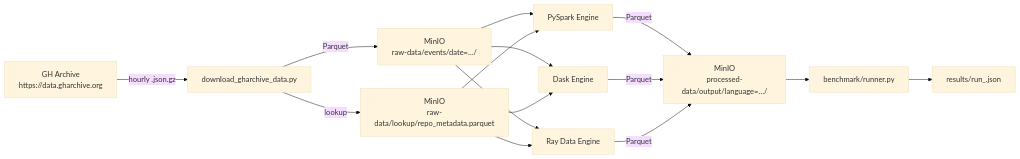
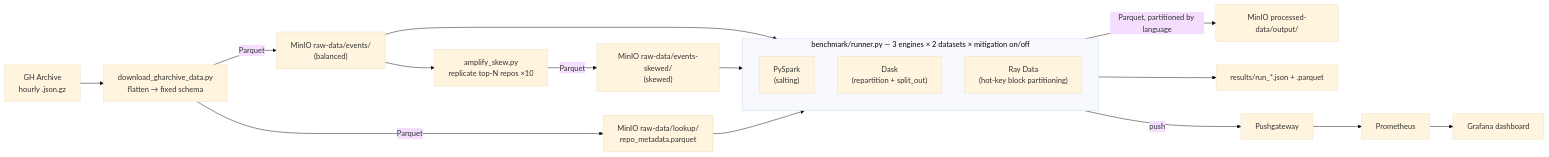
One commit to tusharpanthri/distributed-mind changed the diagram in README.md. Above: the diagram before and after it, drawn with Mermaid (base theme). The commit also changed other lines of this file and 27 other files, not shown here.

````diff
--- a/README.md
+++ b/README.md
@@ -12,20 +27,21 @@
 ```mermaid
 flowchart LR
-    GHA["GH Archive\nhttps://data.gharchive.org"] -->|hourly .json.gz| D[download_gharchive_data.py]
-    D -->|Parquet| MINIO_RAW["MinIO\nraw-data/events/date=…/"]
-    D -->|lookup| MINIO_LOOKUP["MinIO\nraw-data/lookup/repo_metadata.parquet"]
+    GHA["GH Archive\nhourly .json.gz"] --> D[download_gharchive_data.py\nflatten → fixed schema]
+    D -->|Parquet| RAW["MinIO raw-data/events/\n(balanced)"]
+    D -->|Parquet| LOOKUP["MinIO raw-data/lookup/\nrepo_metadata.parquet"]
+    RAW --> AMP[amplify_skew.py\nreplicate top-N repos ×10]
+    AMP -->|Parquet| SKEW["MinIO raw-data/events-skewed/\n(skewed)"]
 
-    MINIO_RAW --> SPARK[PySpark Engine]
-    MINIO_RAW --> DASK[Dask Engine]
-    MINIO_RAW --> RAY[Ray Data Engine]
-    MINIO_LOOKUP --> SPARK
-    MINIO_LOOKUP --> DASK
-    MINIO_LOOKUP --> RAY
+    subgraph Matrix["benchmark/runner.py — 3 engines × 2 datasets × mitigation on/off"]
+        SPARK["PySpark\n(salting)"]
+        DASK["Dask\n(repartition + split_out)"]
+        RAY["Ray Data\n(hot-key block partitioning)"]
+    end
 
-    SPARK -->|Parquet| MINIO_OUT["MinIO\nprocessed-data/output/language=…/"]
-    DASK  -->|Parquet| MINIO_OUT
-    RAY   -->|Parquet| MINIO_OUT
-
-    MINIO_OUT --> RUNNER[benchmark/runner.py]
-    RUNNER --> RESULTS["results/run_<timestamp>.json"]
+    RAW --> Matrix
+    SKEW --> Matrix
+    LOOKUP --> Matrix
+    Matrix -->|Parquet, partitioned by language| OUT["MinIO processed-data/output/"]
+    Matrix --> RES["results/run_*.json + .parquet"]
+    Matrix -->|push| PGW[Pushgateway] --> PROM[Prometheus] --> GRAF[Grafana dashboard]
 ```
````
